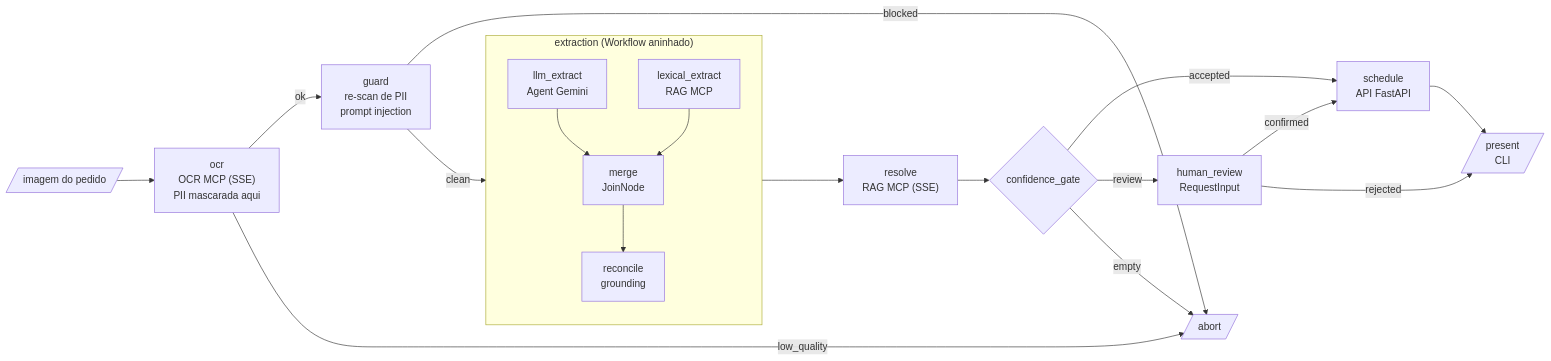
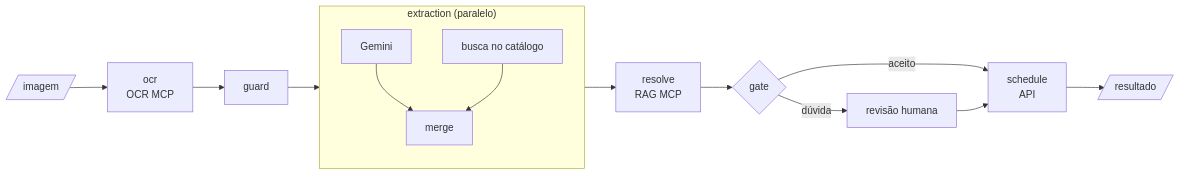
The diagram in README.md (leolopes2001/adk-agent-transpiler), drawn with Mermaid before and after one commit. The commit also changed other lines of this file, not shown here.

````diff
--- a/README.md
+++ b/README.md
@@ -7,22 +54,16 @@
 ```mermaid
 flowchart LR
-    IMG[/"imagem do pedido"/] --> OCR["ocr<br/>OCR MCP (SSE)<br/>PII mascarada aqui"]
-    OCR -->|ok| GUARD["guard<br/>re-scan de PII<br/>prompt injection"]
-    subgraph EXT["extraction (Workflow aninhado)"]
-        direction TB
-        LLM["llm_extract<br/>Agent Gemini"] --> JOIN["merge<br/>JoinNode"]
-        LEX["lexical_extract<br/>RAG MCP"] --> JOIN
-        JOIN --> REC["reconcile<br/>grounding"]
+    IMG[/"imagem"/] --> OCR["ocr<br/>OCR MCP"]
+    OCR --> GUARD["guard"]
+    subgraph EXT["extraction (paralelo)"]
+        LLM["Gemini"] --> JOIN["merge"]
+        LEX["busca no catálogo"] --> JOIN
     end
-    GUARD -->|clean| EXT
-    EXT --> RAG["resolve<br/>RAG MCP (SSE)"]
-    RAG --> GATE{"confidence_gate"}
-    GATE -->|accepted| SCH["schedule<br/>API FastAPI"]
-    GATE -->|review| REV["human_review<br/>RequestInput"]
-    REV -->|confirmed| SCH
-    REV -->|rejected| PRES
-    SCH --> PRES[/"present<br/>CLI"/]
-    OCR -->|low_quality| ABORT[/"abort"/]
-    GUARD -->|blocked| ABORT
-    GATE -->|empty| ABORT
+    GUARD --> EXT
+    EXT --> RAG["resolve<br/>RAG MCP"]
+    RAG --> GATE{"gate"}
+    GATE -->|aceito| SCH["schedule<br/>API"]
+    GATE -->|dúvida| REV["revisão humana"]
+    REV --> SCH
+    SCH --> OUT[/"resultado"/]
 ```
````
